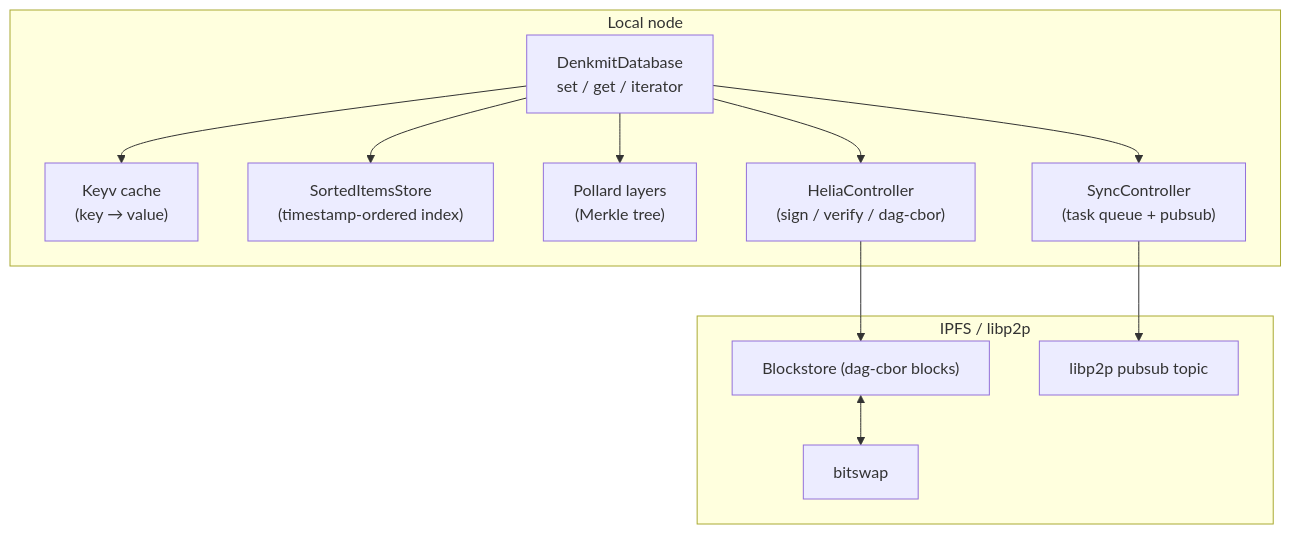
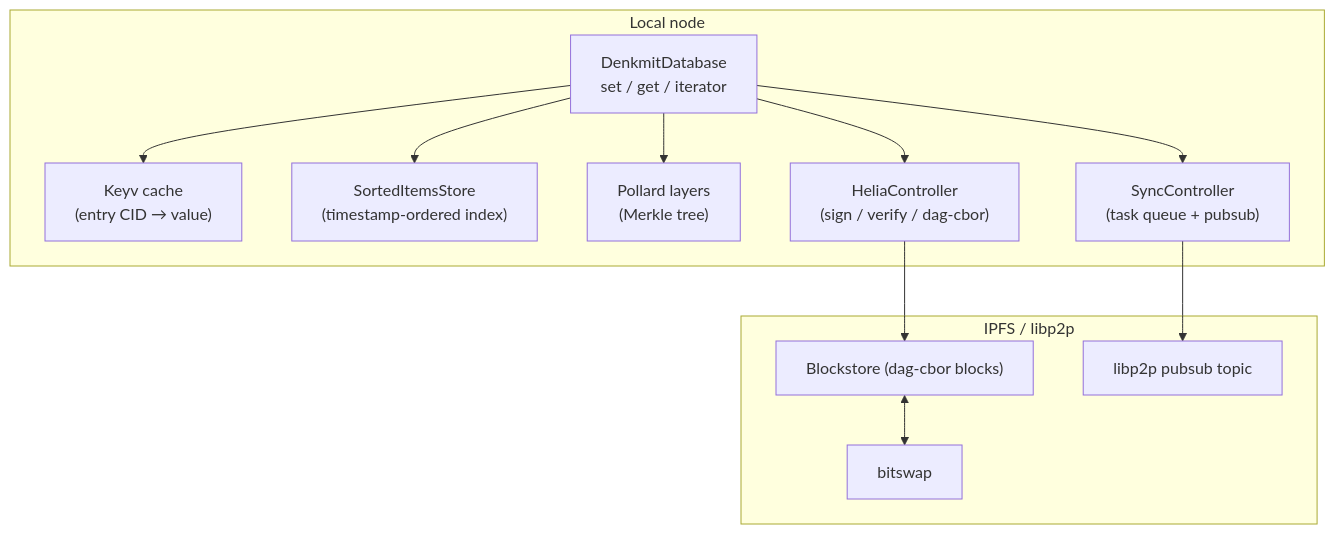
Before and after one commit to denkmitdb/denkmitdb: the first of 3 diagrams in ARCHITECTURE.md, drawn with Mermaid. The commit also changed other lines of this file and 21 other files, not shown here.

````diff
--- a/ARCHITECTURE.md
+++ b/ARCHITECTURE.md
@@ -13,24 +13,24 @@
 ```mermaid
 flowchart TB
     subgraph Node["Local node"]
         API["DenkmitDatabase<br/>set / get / iterator"]
-        KV["Keyv cache<br/>(key → value)"]
+        KV["Keyv cache<br/>(entry CID → value)"]
         SIS["SortedItemsStore<br/>(timestamp-ordered index)"]
         Layers["Pollard layers<br/>(Merkle tree)"]
         Sync["SyncController<br/>(task queue + pubsub)"]
         HC["HeliaController<br/>(sign / verify / dag-cbor)"]
     end
     subgraph IPFS["IPFS / libp2p"]
         Blocks["Blockstore (dag-cbor blocks)"]
         PubSub["libp2p pubsub topic"]
         Bitswap["bitswap"]
     end
     API --> KV
     API --> SIS
     API --> Layers
     API --> Sync
     API --> HC
     HC --> Blocks
     Sync --> PubSub
     Blocks <--> Bitswap
 ```
````
